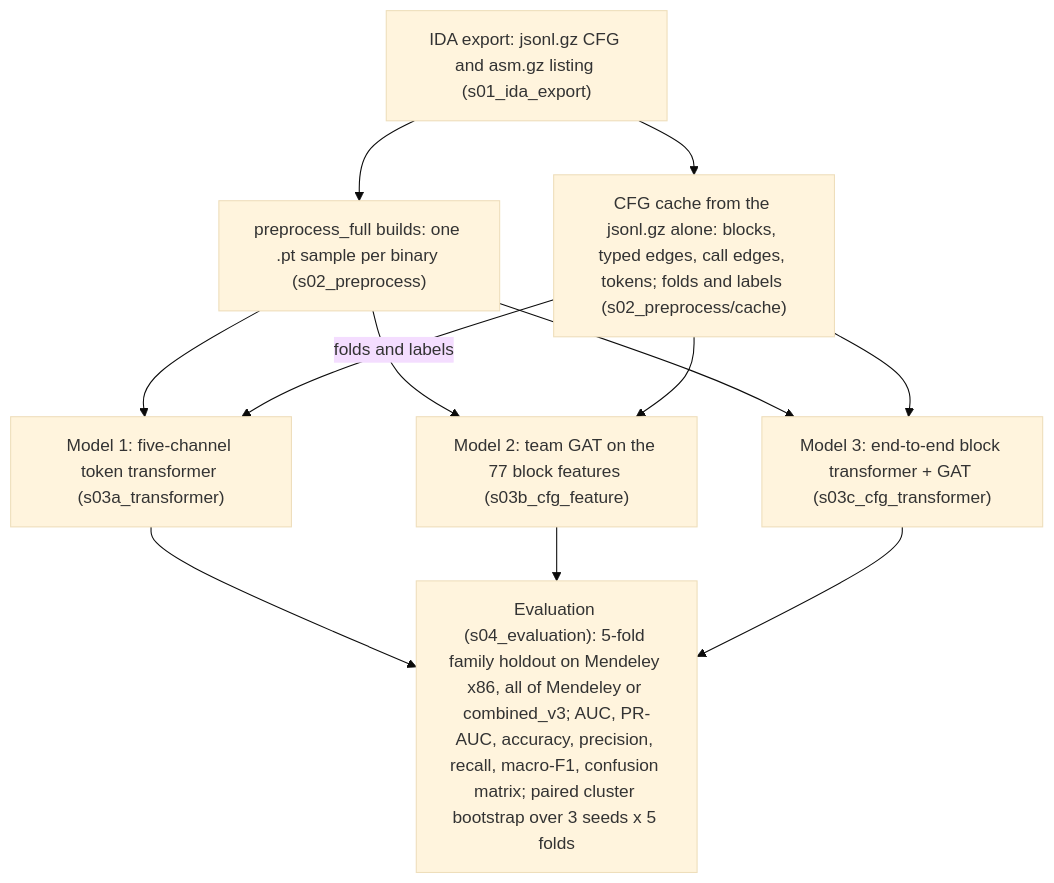
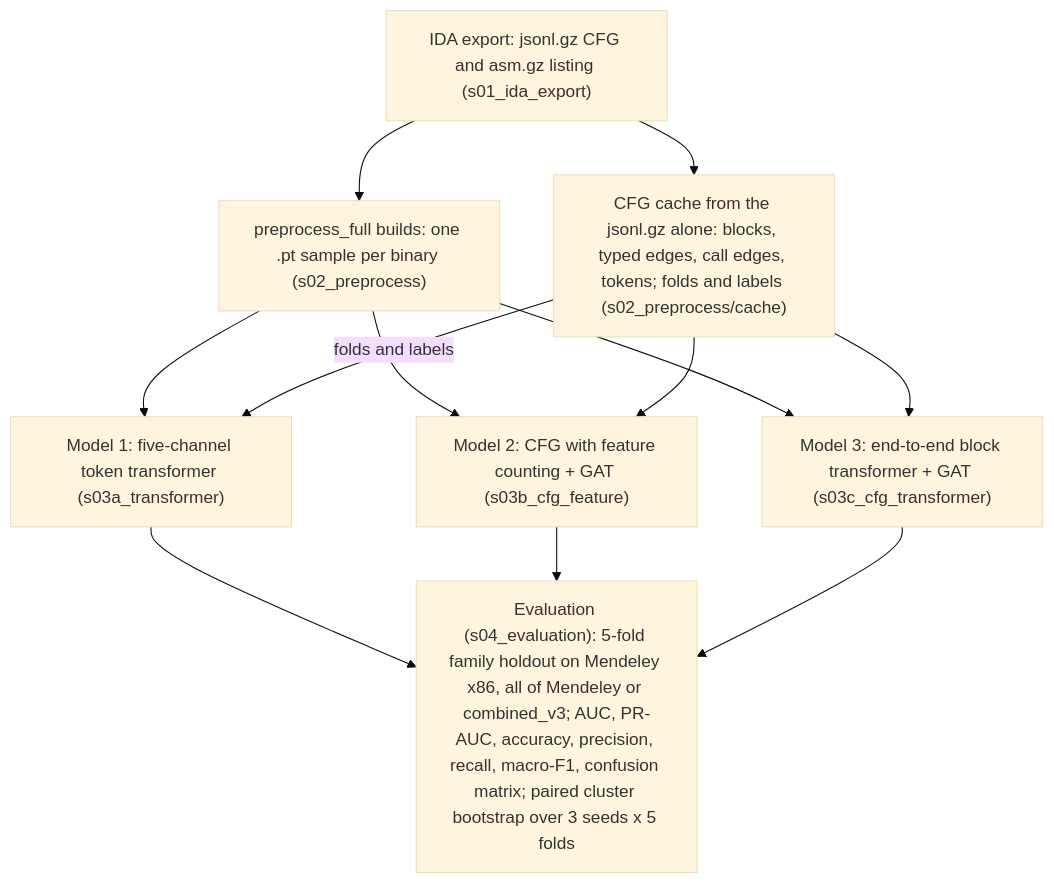
The diagram in CT_GAT/pipeline/README.md (doroluo/ransomware-detection-masters-project), drawn with Mermaid (base theme) before and after one commit. The commit also changed other lines of this file and 7 other files, not shown here.

Commit message:
Refactor construct_blocks.py to support feature-counting CFGs and CodeBERT embeddings. Update README and related documentation to reflect changes in graph generation and model training options. Ensure compatibility between GNN and CodeBERT modes, and clarify feature modes in training scripts.

````diff
--- a/CT_GAT/pipeline/README.md
+++ b/CT_GAT/pipeline/README.md
@@ -13,15 +13,15 @@
 ```mermaid
 flowchart TD
     A["IDA export: jsonl.gz CFG and asm.gz listing (s01_ida_export)"] --> P["preprocess_full builds: one .pt sample per binary (s02_preprocess)"]
     P --> M1["Model 1: five-channel token transformer (s03a_transformer)"]
-    P --> M2["Model 2: team GAT on the 77 block features (s03b_cfg_feature)"]
+    P --> M2["Model 2: CFG with feature counting + GAT (s03b_cfg_feature)"]
     P --> M3["Model 3: end-to-end block transformer + GAT (s03c_cfg_transformer)"]
     A --> B["CFG cache from the jsonl.gz alone: blocks, typed edges, call edges, tokens; folds and labels (s02_preprocess/cache)"]
     B -->|"folds and labels"| M1
     B --> M2
     B --> M3
     M1 --> EV
     M2 --> EV
     M3 --> EV
     EV["Evaluation (s04_evaluation): 5-fold family holdout on Mendeley x86, all of Mendeley or combined_v3; AUC, PR-AUC, accuracy, precision, recall, macro-F1, confusion matrix; paired cluster bootstrap over 3 seeds x 5 folds"]
 ```
````
